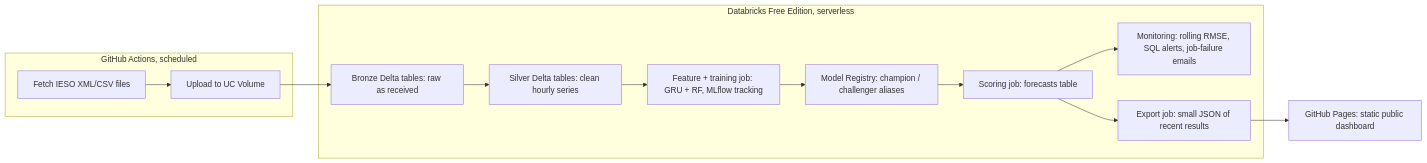
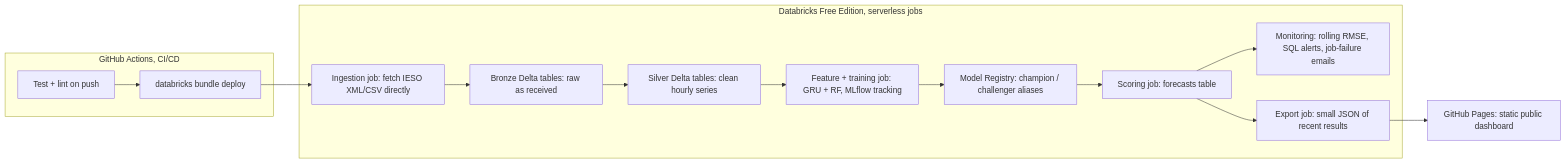
Before and after one commit to arjunmoitra/hoep-electricity-price-forecasting: the diagram in PLAN.md, drawn with Mermaid. The commit also changed other lines of this file, not shown here.

````diff
--- a/PLAN.md
+++ b/PLAN.md
@@ -165,16 +171,17 @@
 ```mermaid
 flowchart LR
-    subgraph GH[GitHub Actions, scheduled]
-        A[Fetch IESO XML/CSV files] --> B[Upload to UC Volume]
+    subgraph GH[GitHub Actions, CI/CD]
+        A[Test + lint on push] --> B[databricks bundle deploy]
     end
-    subgraph DBX[Databricks Free Edition, serverless]
-        B --> C[Bronze Delta tables: raw as received]
+    subgraph DBX[Databricks Free Edition, serverless jobs]
+        B --> C0[Ingestion job: fetch IESO XML/CSV directly]
+        C0 --> C[Bronze Delta tables: raw as received]
         C --> D[Silver Delta tables: clean hourly series]
         D --> E[Feature + training job: GRU + RF, MLflow tracking]
         E --> F[Model Registry: champion / challenger aliases]
         F --> G[Scoring job: forecasts table]
         G --> H[Monitoring: rolling RMSE, SQL alerts, job-failure emails]
         G --> I[Export job: small JSON of recent results]
     end
     I --> J[GitHub Pages: static public dashboard]
 ```
````
